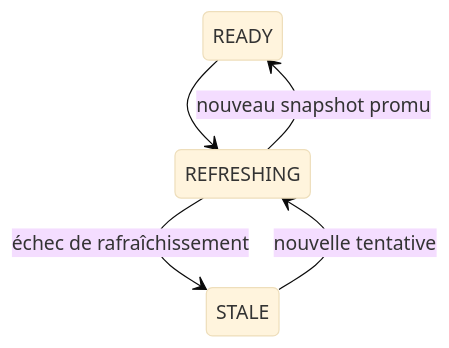
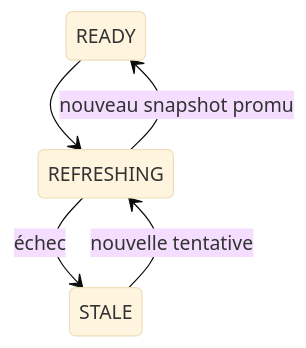
Before and after one commit to FTurleque/minos-code-intelligence: the diagram in docs/user/troubleshooting.md, drawn with Mermaid (base theme). The commit also changed other lines of this file, not shown here.

````diff
--- a/docs/user/troubleshooting.md
+++ b/docs/user/troubleshooting.md
@@ -75,7 +174,7 @@
 ```mermaid
 stateDiagram-v2
     READY --> REFRESHING
     REFRESHING --> READY: nouveau snapshot promu
-    REFRESHING --> STALE: échec de rafraîchissement
+    REFRESHING --> STALE: échec
     STALE --> REFRESHING: nouvelle tentative
 ```
````
